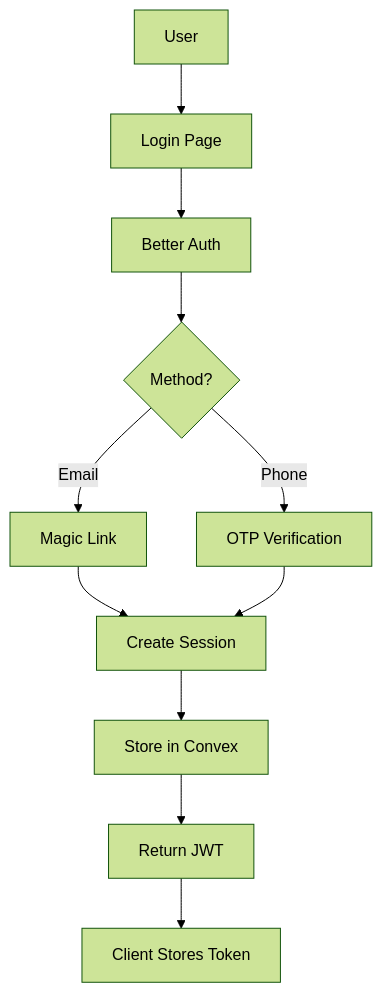
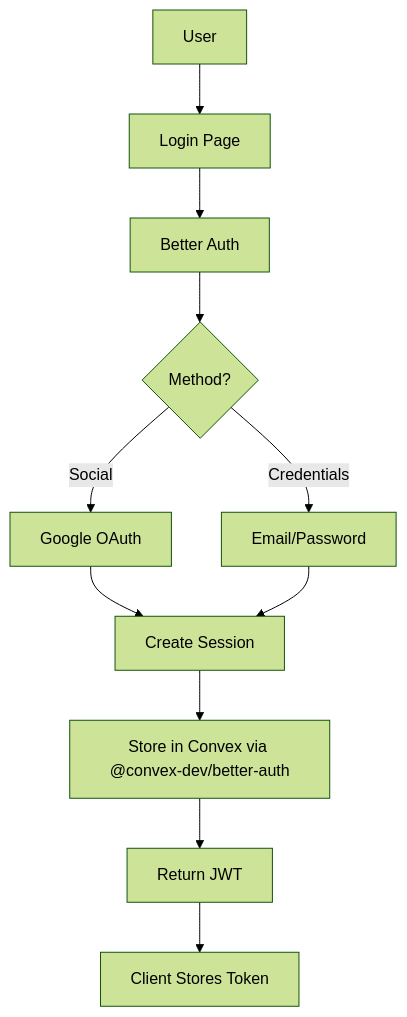
Before and after one commit to UnderprotectionDev/salon-management-saas: the sixth of 10 diagrams in docs/prd/04-technical/architecture.md, drawn with Mermaid (forest theme). The commit also changed other lines of this file and 57 other files, not shown here.

````diff
--- a/docs/prd/04-technical/architecture.md
+++ b/docs/prd/04-technical/architecture.md
@@ -238,13 +381,13 @@
 ```mermaid
 flowchart TB
     User[User] --> Login[Login Page]
     Login --> BetterAuth[Better Auth]
     BetterAuth --> Method{Method?}
-    Method -->|Email| MagicLink[Magic Link]
-    Method -->|Phone| OTP[OTP Verification]
-    MagicLink --> Session[Create Session]
-    OTP --> Session
-    Session --> Convex[Store in Convex]
+    Method -->|Social| Google[Google OAuth]
+    Method -->|Credentials| EmailPw[Email/Password]
+    Google --> Session[Create Session]
+    EmailPw --> Session
+    Session --> Convex[Store in Convex via @convex-dev/better-auth]
     Convex --> JWT[Return JWT]
     JWT --> Client[Client Stores Token]
 ```
````
